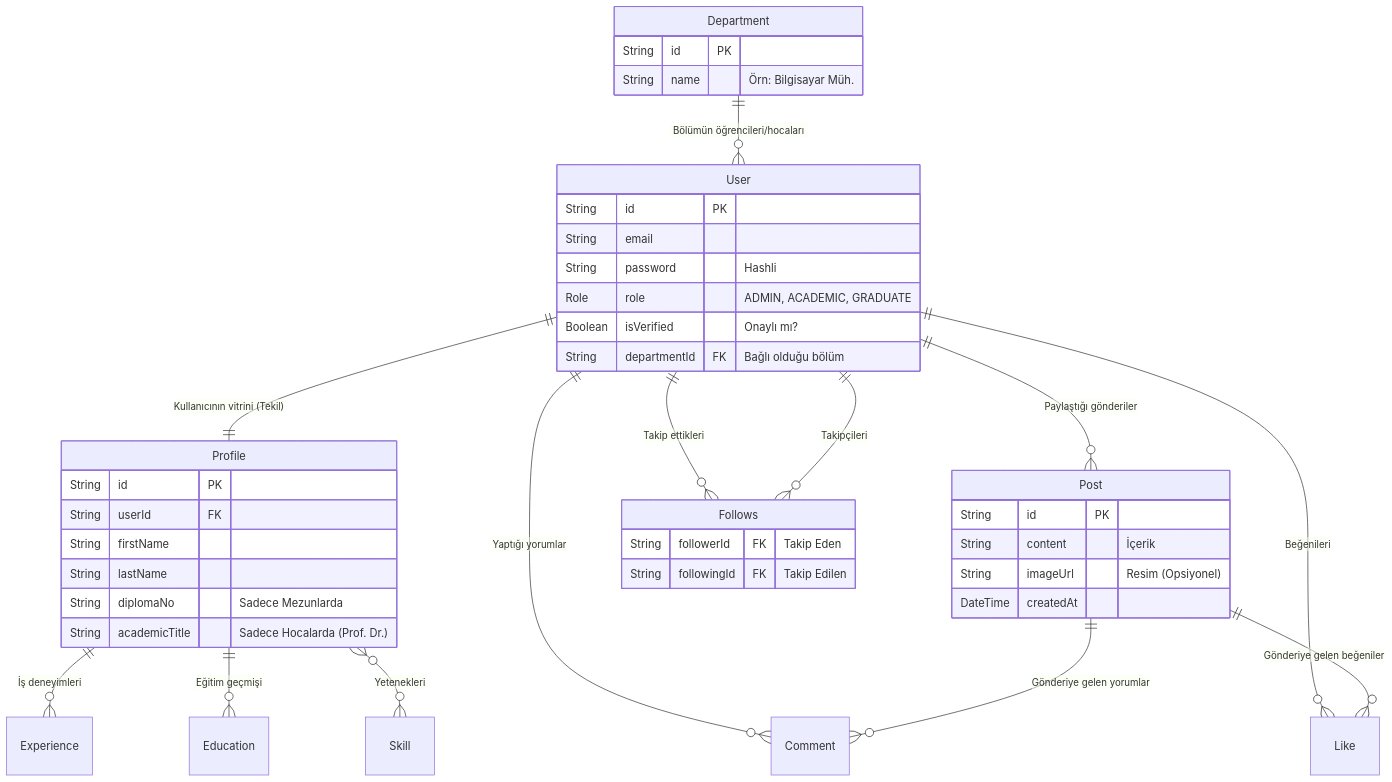
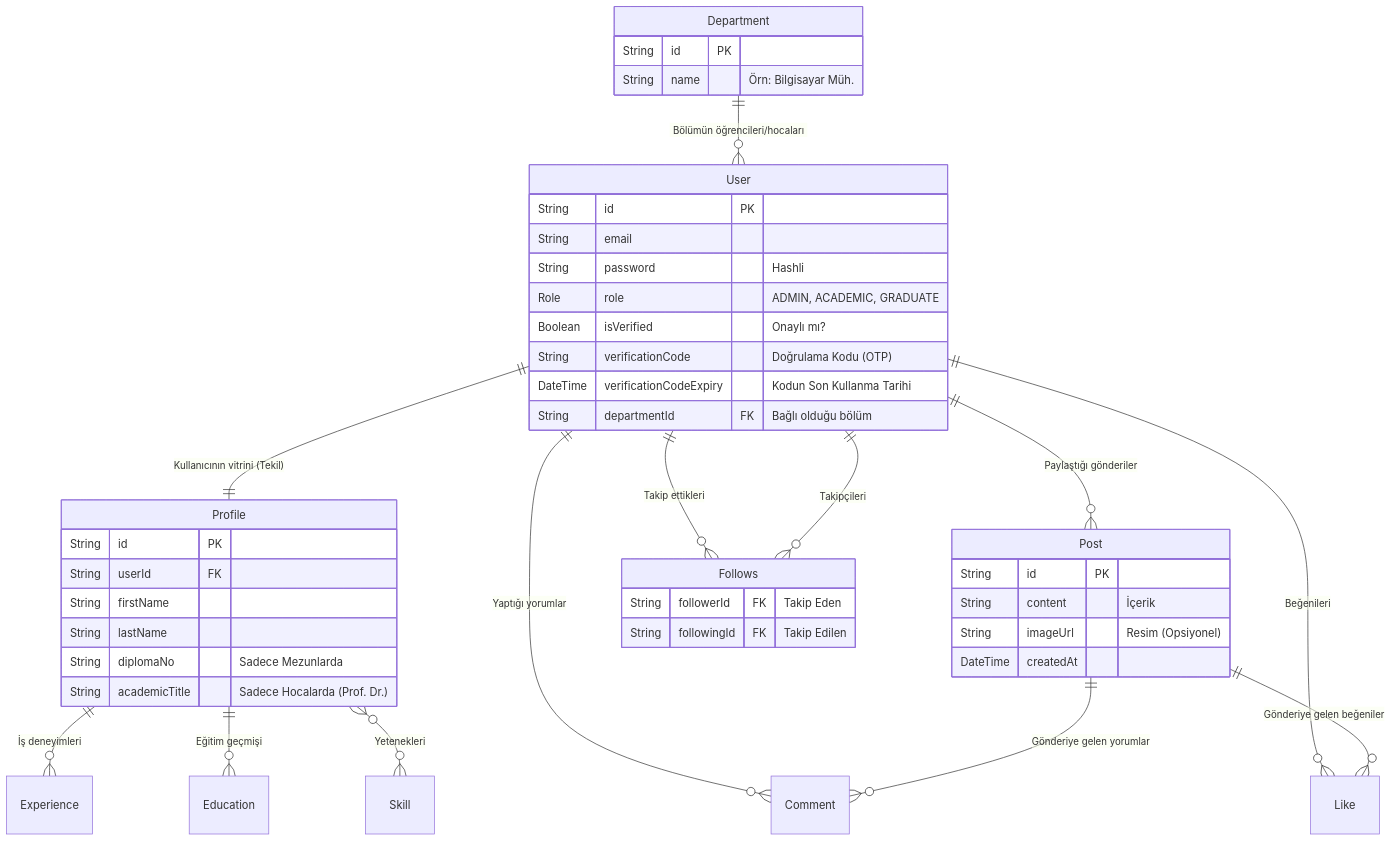
One commit to ramazanerentepe/mezun-takip-sistemi changed the diagram in document/ER_DIYAGRAMI.md. Above: the diagram before and after it, drawn with Mermaid.

````diff
--- a/document/ER_DIYAGRAMI.md
+++ b/document/ER_DIYAGRAMI.md
@@ -7,54 +7,56 @@
 ```mermaid
 erDiagram
     %% İLİŞKİLER (Kimin eli kimin cebinde)
     Department ||--o{ User : "Bölümün öğrencileri/hocaları"
     User ||--|| Profile : "Kullanıcının vitrini (Tekil)"
     User ||--o{ Post : "Paylaştığı gönderiler"
     User ||--o{ Comment : "Yaptığı yorumlar"
     User ||--o{ Like : "Beğenileri"
     User ||--o{ Follows : "Takip ettikleri"
     User ||--o{ Follows : "Takipçileri"
 
     Post ||--o{ Comment : "Gönderiye gelen yorumlar"
     Post ||--o{ Like : "Gönderiye gelen beğeniler"
 
     Profile ||--o{ Experience : "İş deneyimleri"
     Profile ||--o{ Education : "Eğitim geçmişi"
     Profile }o--o{ Skill : "Yetenekleri"
 
     %% TABLO DETAYLARI
     Department {
         String id PK
         String name "Örn: Bilgisayar Müh."
     }
 
     User {
         String id PK
         String email
         String password "Hashli"
         Role role "ADMIN, ACADEMIC, GRADUATE"
         Boolean isVerified "Onaylı mı?"
+        String verificationCode "Doğrulama Kodu (OTP)"
+        DateTime verificationCodeExpiry "Kodun Son Kullanma Tarihi"
         String departmentId FK "Bağlı olduğu bölüm"
     }
 
     Profile {
         String id PK
         String userId FK
         String firstName
         String lastName
         String diplomaNo "Sadece Mezunlarda"
         String academicTitle "Sadece Hocalarda (Prof. Dr.)"
     }
 
     Post {
         String id PK
         String content "İçerik"
         String imageUrl "Resim (Opsiyonel)"
         DateTime createdAt
     }
 
     Follows {
         String followerId FK "Takip Eden"
         String followingId FK "Takip Edilen"
     }
 ```
````
